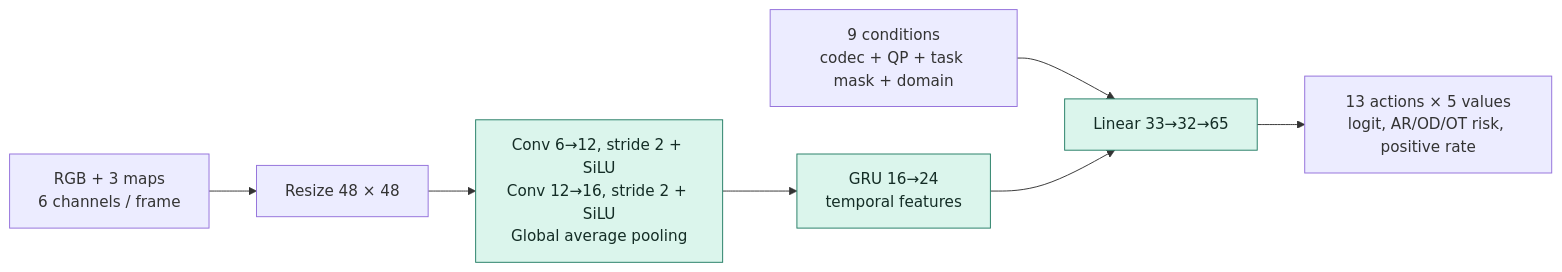
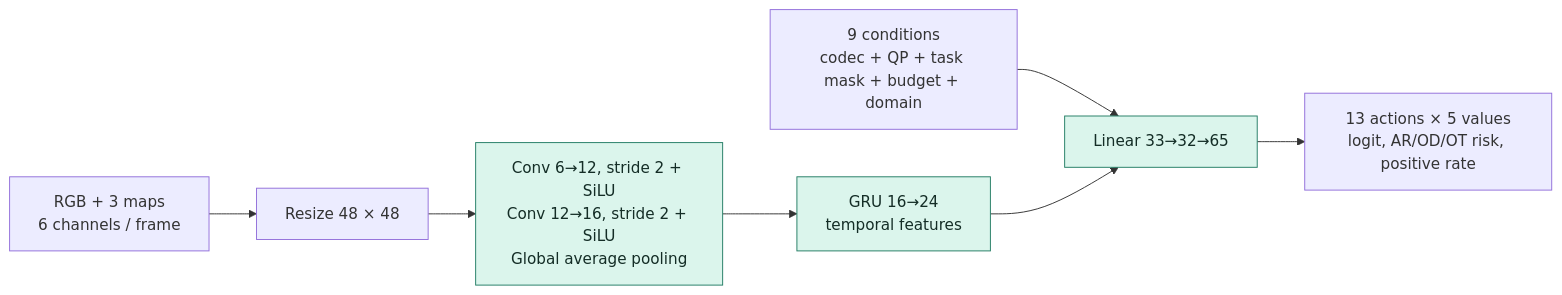
The first of 2 diagrams in docs/PIPELINE.md (munnn01/adaptive_preprocessing), drawn with Mermaid before and after one commit. The commit also changed other lines of this file and 6 other files, not shown here.

````diff
--- a/docs/PIPELINE.md
+++ b/docs/PIPELINE.md
@@ -13,13 +13,13 @@
 ```mermaid
 flowchart LR
     accTitle: CNN GRU action controller
     accDescr: Six-channel RGB and region maps are resized to 48 by 48. A two-layer CNN produces 16 features per frame, a GRU produces 24 temporal features, and nine conditions enter a head predicting 13 action logits, three risks per action, and relative rate per action.
     inputs["RGB + 3 maps<br/>6 channels / frame"] --> resize["Resize 48 × 48"]
     resize --> cnn["Conv 6→12, stride 2 + SiLU<br/>Conv 12→16, stride 2 + SiLU<br/>Global average pooling"]
     cnn --> gru["GRU 16→24<br/>temporal features"]
-    conditions["9 conditions<br/>codec + QP + task mask + domain"] --> head["Linear 33→32→65"]
+    conditions["9 conditions<br/>codec + QP + task mask + budget + domain"] --> head["Linear 33→32→65"]
     gru --> head
     head --> outputs["13 actions × 5 values<br/>logit, AR/OD/OT risk, positive rate"]
     classDef learned fill:#dbf5ec,stroke:#247d65,color:#142d26
     class cnn,gru,head learned
 ```
````
